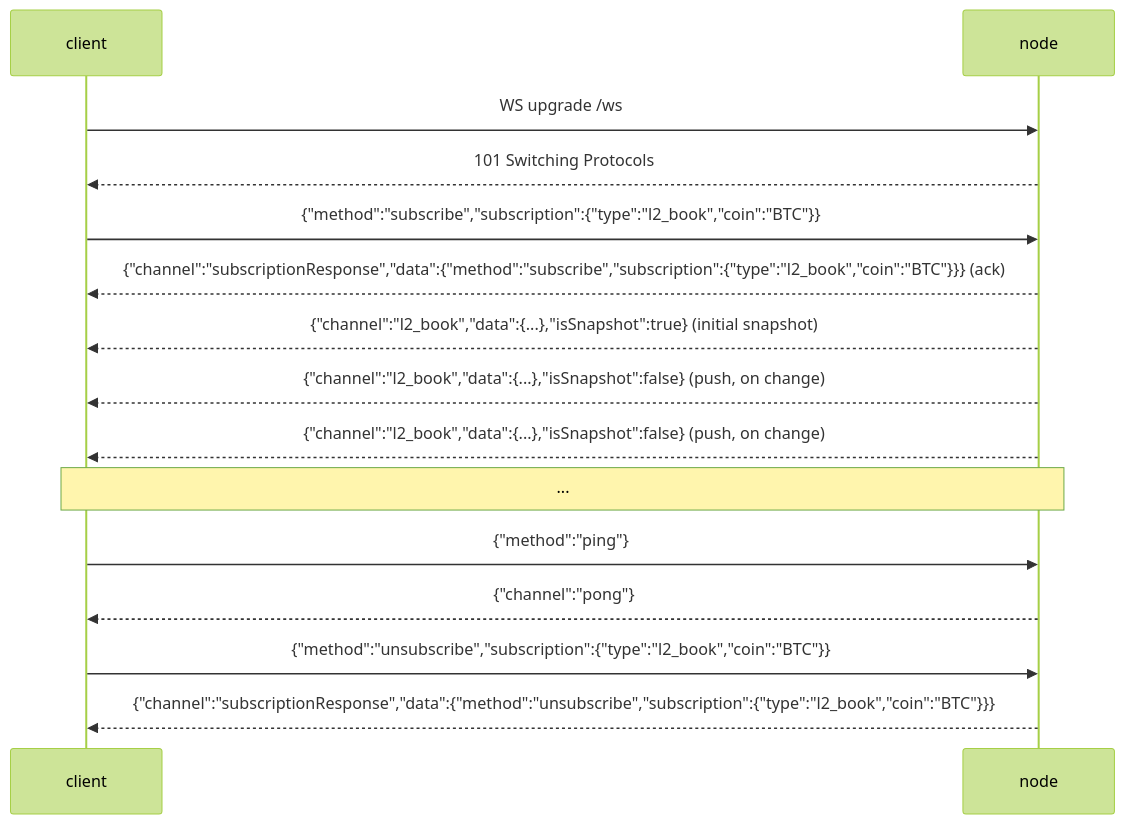
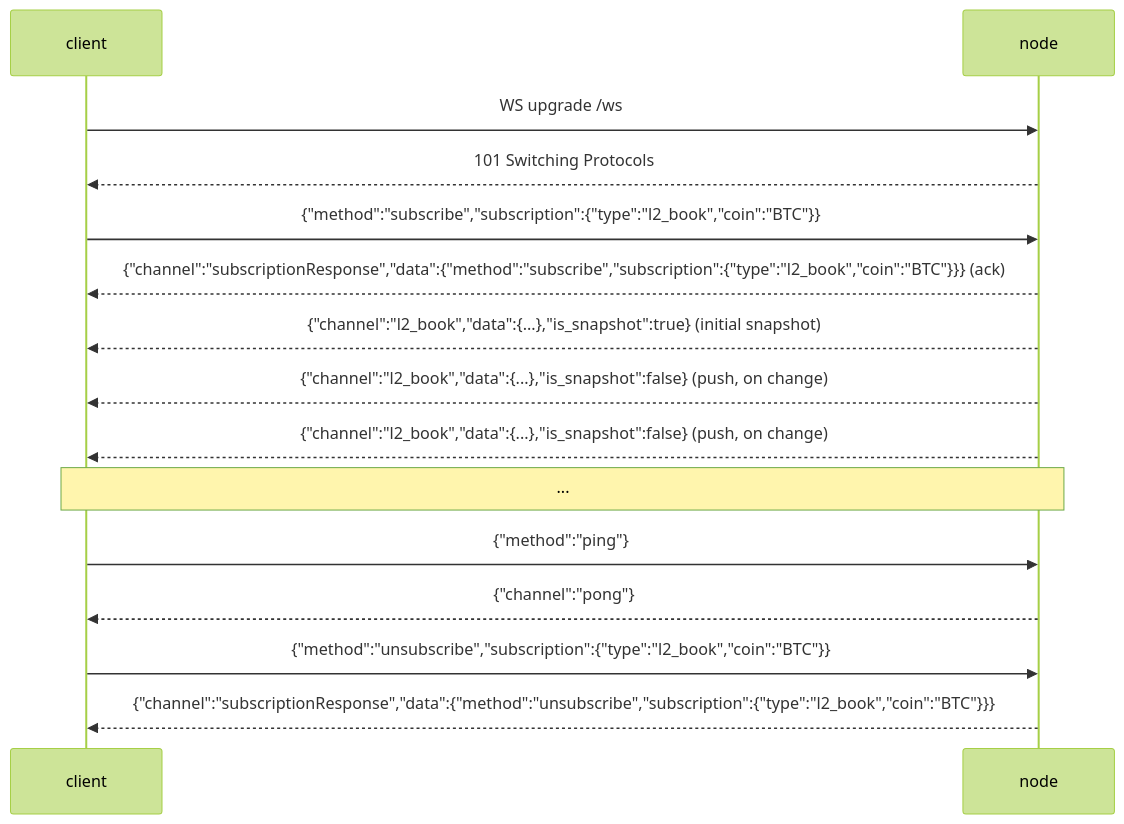
Before and after one commit to mtf-exchange/metaflux-knowledges: the diagram in docs/api/ws/index.md, drawn with Mermaid (forest theme). The commit also changed other lines of this file and 3 other files, not shown here.

````diff
--- a/docs/api/ws/index.md
+++ b/docs/api/ws/index.md
@@ -25,17 +25,17 @@
 ```mermaid
 sequenceDiagram
     participant client
     participant node
     client->>node: WS upgrade /ws
     node-->>client: 101 Switching Protocols
     client->>node: {"method":"subscribe","subscription":{"type":"l2_book","coin":"BTC"}}
     node-->>client: {"channel":"subscriptionResponse","data":{"method":"subscribe","subscription":{"type":"l2_book","coin":"BTC"}}} (ack)
-    node-->>client: {"channel":"l2_book","data":{...},"isSnapshot":true} (initial snapshot)
-    node-->>client: {"channel":"l2_book","data":{...},"isSnapshot":false} (push, on change)
-    node-->>client: {"channel":"l2_book","data":{...},"isSnapshot":false} (push, on change)
+    node-->>client: {"channel":"l2_book","data":{...},"is_snapshot":true} (initial snapshot)
+    node-->>client: {"channel":"l2_book","data":{...},"is_snapshot":false} (push, on change)
+    node-->>client: {"channel":"l2_book","data":{...},"is_snapshot":false} (push, on change)
     Note over client,node: ...
     client->>node: {"method":"ping"}
     node-->>client: {"channel":"pong"}
     client->>node: {"method":"unsubscribe","subscription":{"type":"l2_book","coin":"BTC"}}
     node-->>client: {"channel":"subscriptionResponse","data":{"method":"unsubscribe","subscription":{"type":"l2_book","coin":"BTC"}}}
 ```
````
